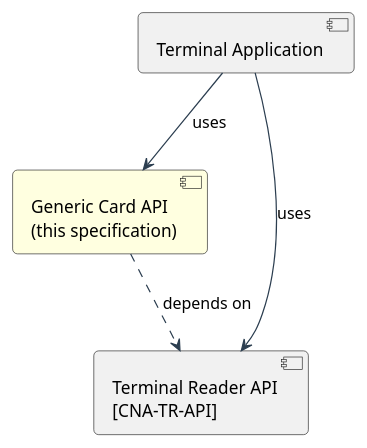
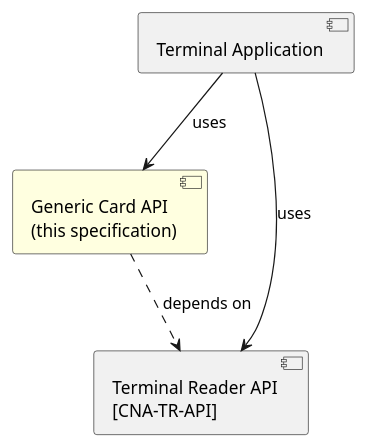
Before and after one commit to calypsonet/calypsonet-terminal-genericcard-uml-api: the diagram in uml/architecture-overview.puml, drawn with PlantUML.

Commit message:
docs clean puml

```diff
--- a/uml/architecture-overview.puml
+++ b/uml/architecture-overview.puml
@@ -1,13 +1,10 @@
 @startuml
-skinparam shadowing false
-skinparam roundCorner 8
-skinparam ArrowColor #2C3E50
 
 component "Terminal Application" as App
 component "Generic Card API\n(this specification)" as GC #LightYellow
 component "Terminal Reader API\n[CNA-TR-API]" as TR
 
 App --> GC : uses
 App --> TR : uses
 GC  ..> TR : depends on
 @enduml
```
